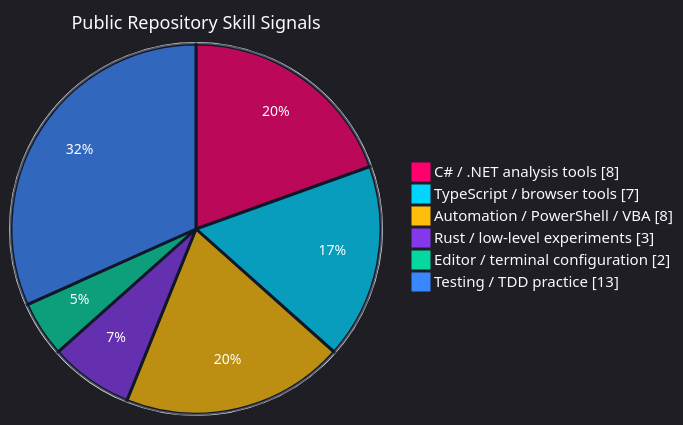
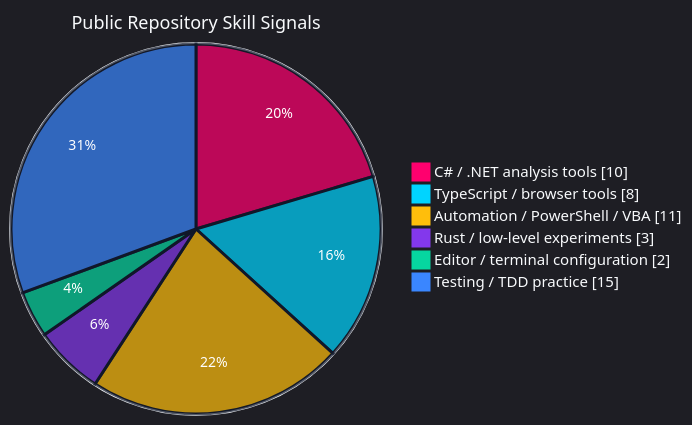
The first of 4 diagrams in README.md (SSsan-00/SSsan-00), drawn with Mermaid before and after one commit. The commit also changed other lines of this file and 2 other files, not shown here.

````diff
--- a/README.md
+++ b/README.md
@@ -44,11 +44,11 @@
 ```mermaid
 %%{init: {"theme":"dark","themeVariables":{"background":"#0f172a","mainBkg":"#0f172a","textColor":"#f8fafc","primaryTextColor":"#f8fafc","pieStrokeColor":"#0f172a","pieStrokeWidth":"3px","pieOuterStrokeColor":"#f8fafc","pieOuterStrokeWidth":"2px","pieTitleTextColor":"#f8fafc","pieTitleTextSize":"18px","pieLegendTextColor":"#f8fafc","pieLegendTextSize":"15px","pieSectionTextColor":"#ffffff","pieSectionTextSize":"14px","pie1":"#ff006e","pie2":"#00d4ff","pie3":"#ffbe0b","pie4":"#8338ec","pie5":"#06d6a0","pie6":"#3a86ff"}}}%%
 pie showData
   title Public Repository Skill Signals
-  "C# / .NET analysis tools" : 8
-  "TypeScript / browser tools" : 7
-  "Automation / PowerShell / VBA" : 8
+  "C# / .NET analysis tools" : 10
+  "TypeScript / browser tools" : 8
+  "Automation / PowerShell / VBA" : 11
   "Rust / low-level experiments" : 3
   "Editor / terminal configuration" : 2
-  "Testing / TDD practice" : 13
+  "Testing / TDD practice" : 15
 ```
````
